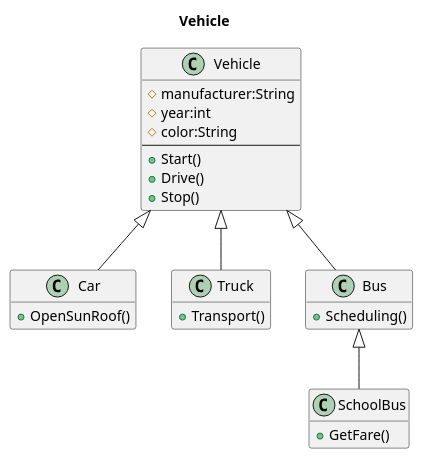
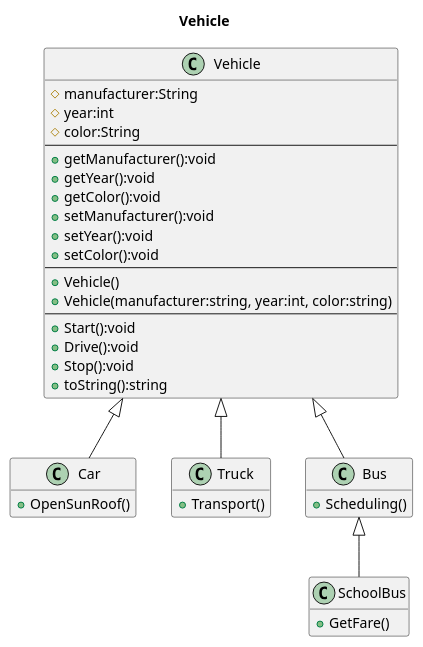
The diagram in UMLs/Inheritance.wsd (abcabb/Uygulamalarla-Nesne-Yonelimli-Programlama), drawn with PlantUML before and after one commit. The commit also changed 6 other files, not shown here.

```diff
--- a/UMLs/Inheritance.wsd
+++ b/UMLs/Inheritance.wsd
@@ -1,31 +1,42 @@
 @startuml
 title Vehicle
 
 class Vehicle{
     #manufacturer:String
     #year:int
     #color:String
     --
-    +Start()
-    +Drive()
-    +Stop()
+    +getManufacturer():void
+    +getYear():void
+    +getColor():void
+    +setManufacturer():void
+    +setYear():void
+    +setColor():void
+    --
+    +Vehicle()
+    +Vehicle(manufacturer:string, year:int, color:string)
+    --
+    +Start():void
+    +Drive():void
+    +Stop():void
+    +toString():string
 }
 
 class Car extends Vehicle{
     +OpenSunRoof()
 }
 
 class Truck extends Vehicle{
     +Transport()
 }
 
 class Bus extends Vehicle{
     +Scheduling()
 }
 
 class SchoolBus extends Bus{
     +GetFare()
 }
 
 hide empty member
 @enduml
```
